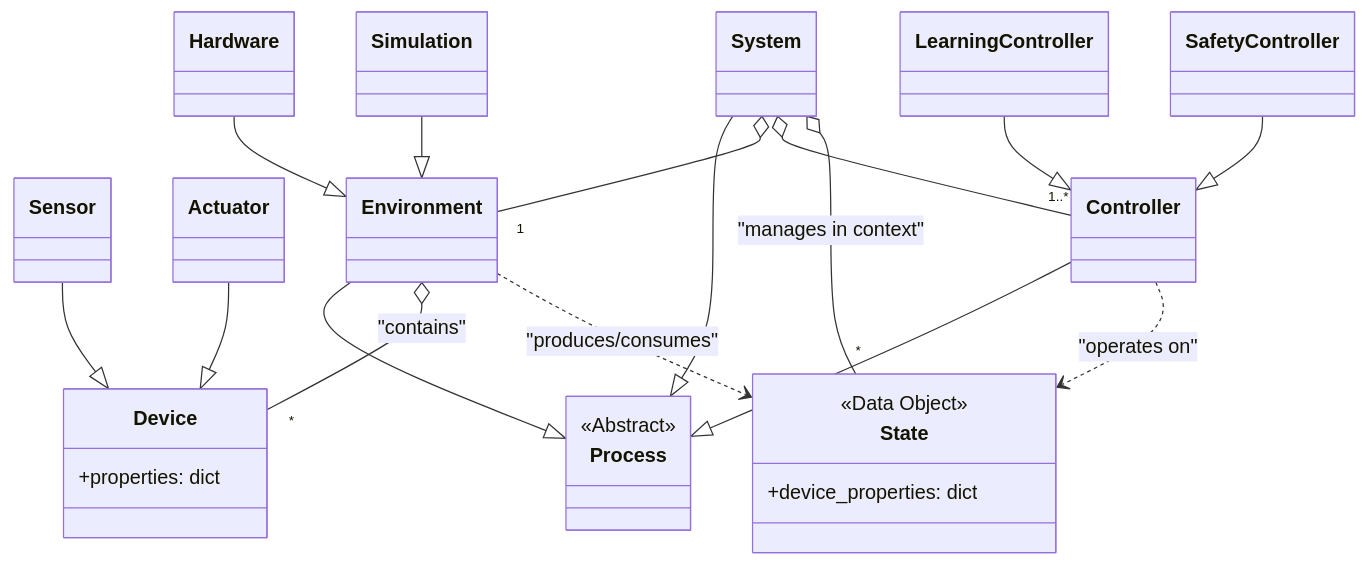
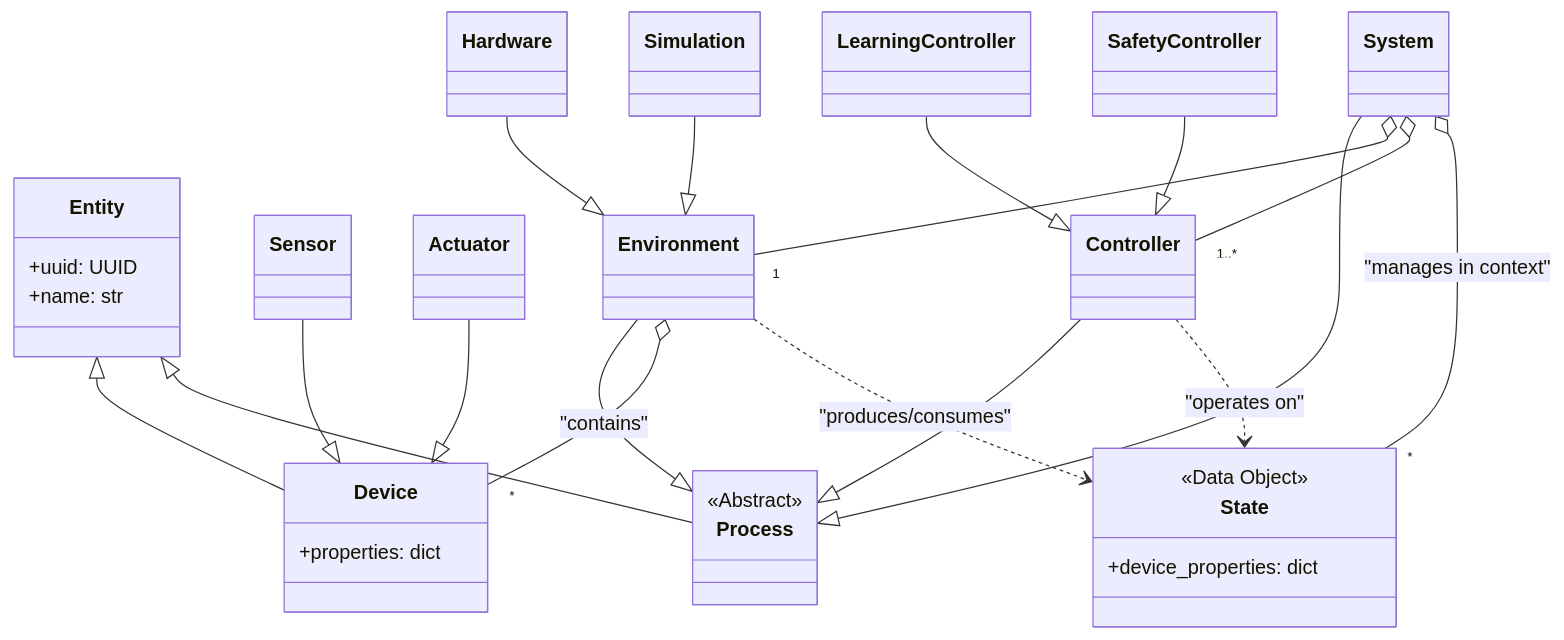
Before and after one commit to johnwbyrd/aifand: the second of 2 diagrams in doc/architecture.md, drawn with Mermaid. The commit also changed other lines of this file, not shown here.

Commit message:
Rewrite architecture based on serialization and more formal process definition

````diff
--- a/doc/architecture.md
+++ b/doc/architecture.md
@@ -111,39 +230,45 @@
 ```mermaid
 classDiagram
+    class Entity {
+        +uuid: UUID
+        +name: str
+    }
     class Device {
         +properties: dict
     }
     class Sensor
     class Actuator
     class State {
         <<Data Object>>
         +device_properties: dict
     }
     class Process {
         <<Abstract>>
     }
     class Controller
     class Environment
     class System
     class LearningController
     class SafetyController
     class Hardware
     class Simulation
 
+    Entity <|-- Device
+    Entity <|-- Process
     Sensor --|> Device
     Actuator --|> Device
     Controller --|> Process
     Environment --|> Process
     System --|> Process
     LearningController --|> Controller
     SafetyController --|> Controller
     Hardware --|> Environment
     Simulation --|> Environment
 
     System o-- "1" Environment
     System o-- "1..*" Controller
     System o-- "*" State : "manages in context"
     Environment o-- "*" Device : "contains"
     Controller ..> State : "operates on"
     Environment ..> State : "produces/consumes"
 ```
````
